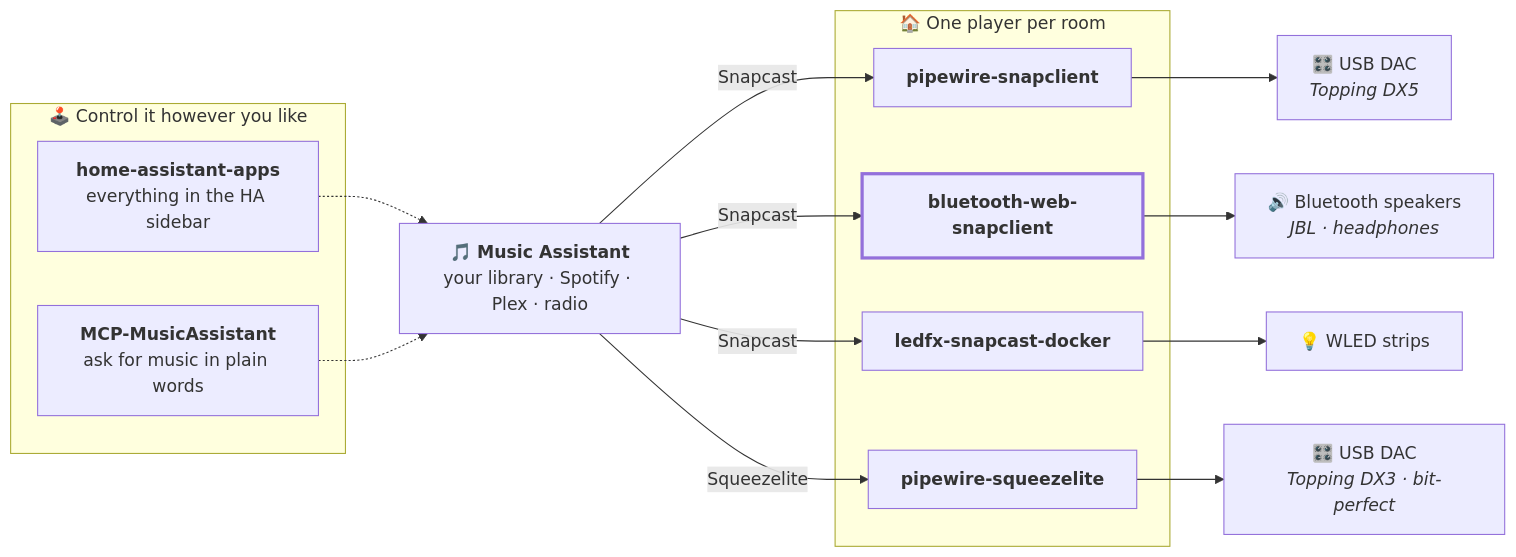
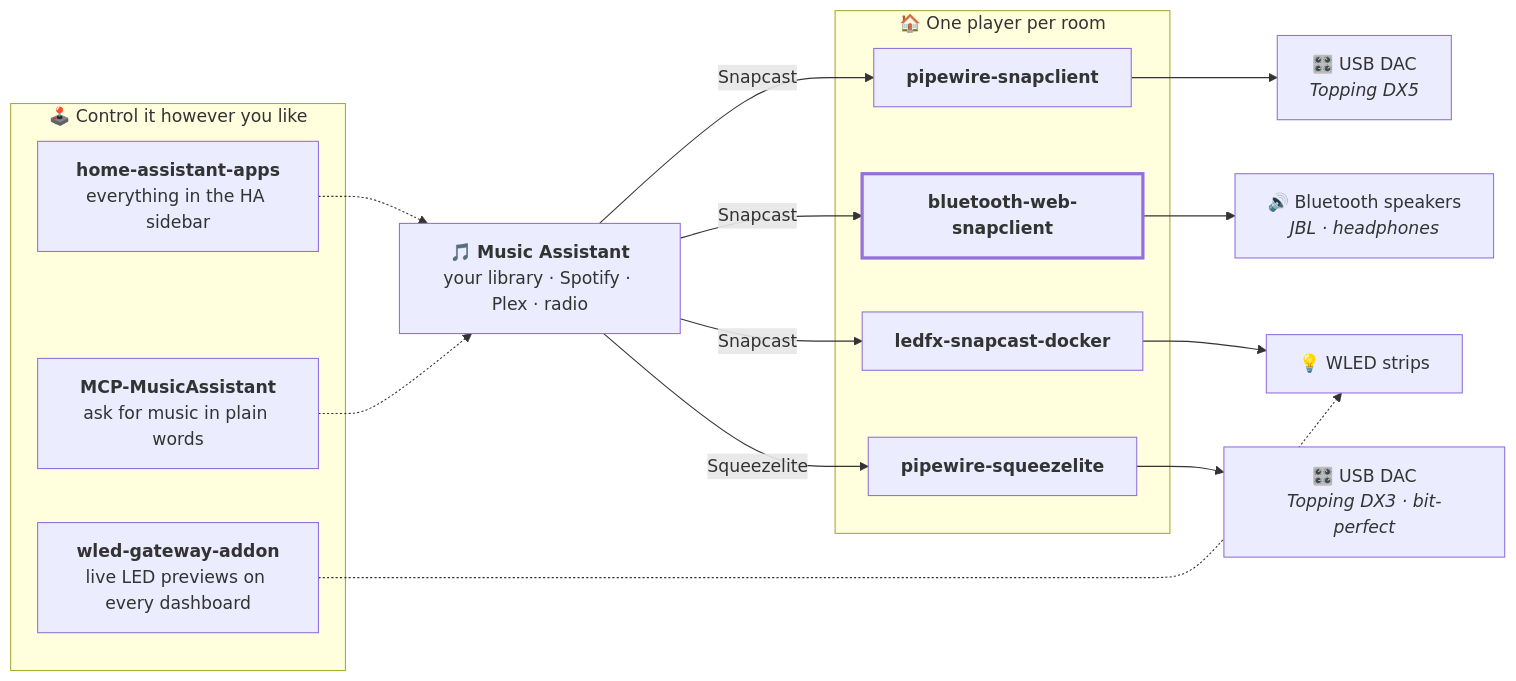
One commit to shuricksumy/home-audio-stack changed the diagram in README.md. Above: the diagram before and after it, drawn with Mermaid. The commit also changed other lines of this file, not shown here.

First line of the commit message:
Add wled-gateway-addon to the stack

````diff
--- a/README.md
+++ b/README.md
@@ -129,31 +145,33 @@
 ```mermaid
 flowchart LR
     subgraph control["🕹️ Control it however you like"]
         HA["<b>home-assistant-apps</b><br/>everything in the HA sidebar"]
         MCP["<b>MCP-MusicAssistant</b><br/>ask for music in plain words"]
+        WG["<b>wled-gateway-addon</b><br/>live LED previews on every dashboard"]
     end
 
     HA -.-> MA
     MCP -.-> MA
+    WG -.-> D3
 
     MA["🎵 <b>Music Assistant</b><br/>your library · Spotify · Plex · radio"]
 
     MA -- "Snapcast" --> C1
     MA -- "Snapcast" --> C2
     MA -- "Snapcast" --> C3
     MA -- "Squeezelite" --> C4
 
     subgraph rooms["🏠 One player per room"]
         C1["<b>pipewire-snapclient</b>"]
         C2["<b>bluetooth-web-snapclient</b>"]
         C3["<b>ledfx-snapcast-docker</b>"]
         C4["<b>pipewire-squeezelite</b>"]
     end
 
     C1 --> D1["🎛️ USB DAC<br/><i>Topping DX5</i>"]
     C2 --> D2["🔊 Bluetooth speakers<br/><i>JBL · headphones</i>"]
     C3 --> D3["💡 WLED strips"]
     C4 --> D4["🎛️ USB DAC<br/><i>Topping DX3 · bit-perfect</i>"]
 
     style C2 stroke-width:3px
 ```
````
